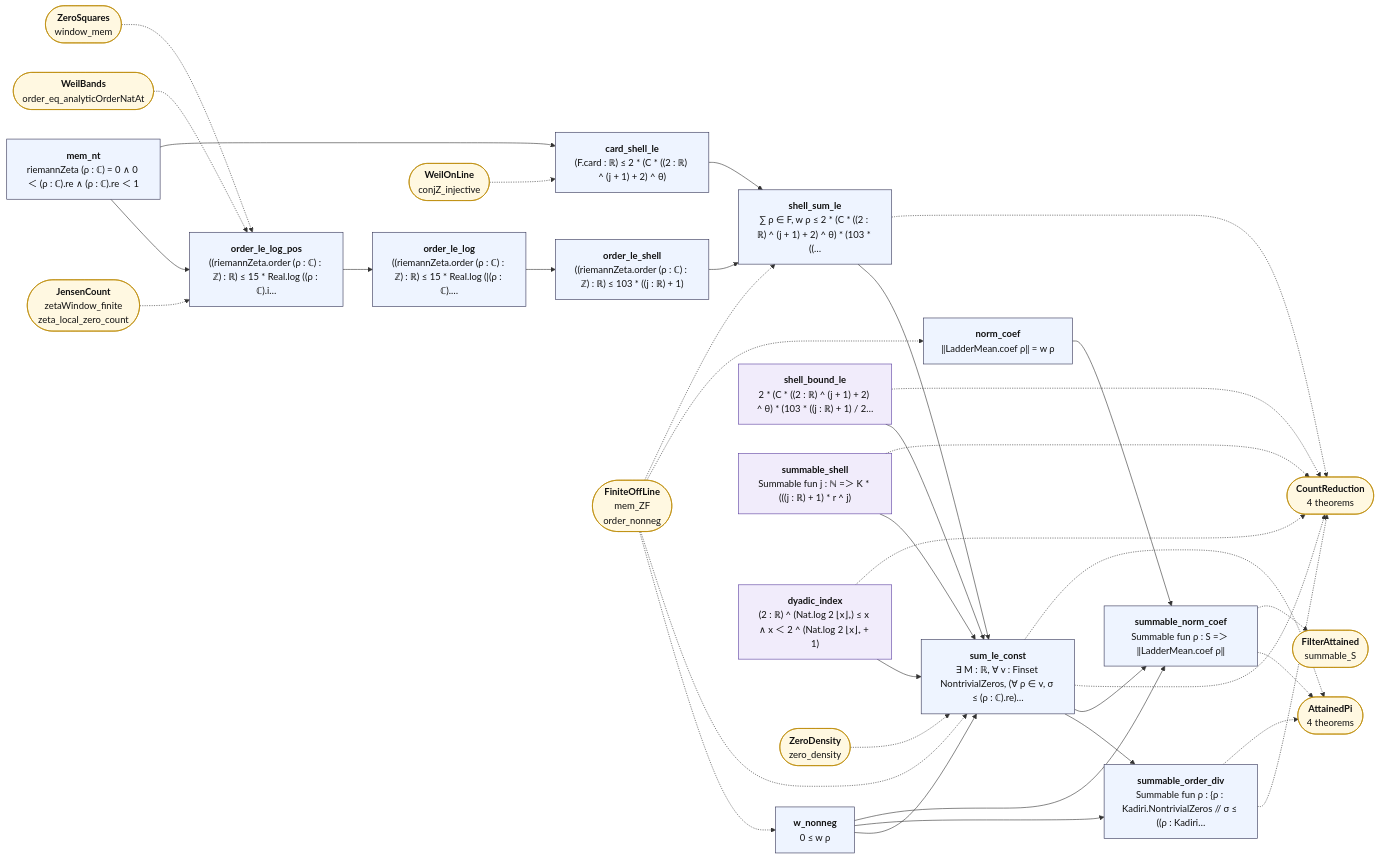
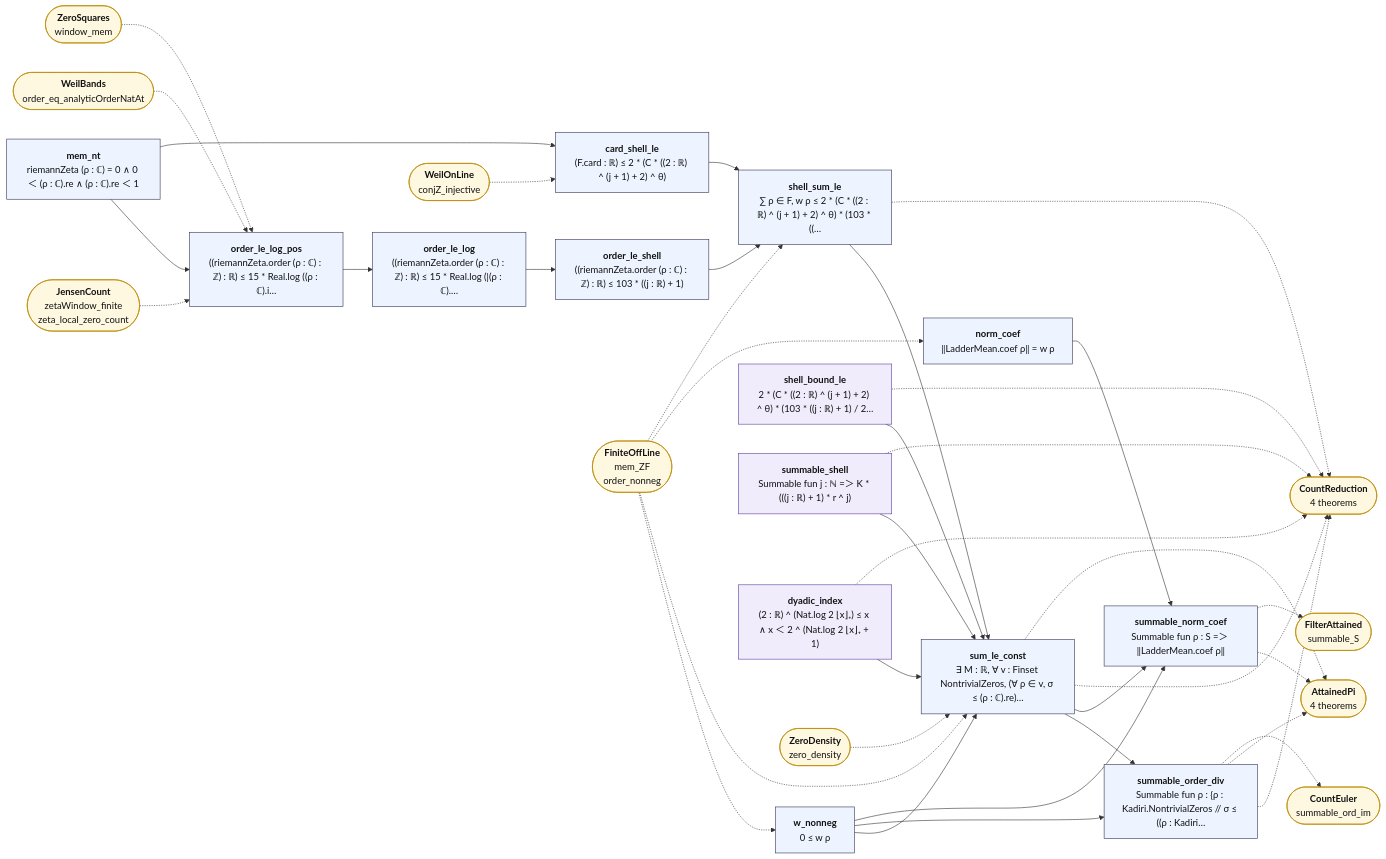
One commit to juliansambranojr/Primebeat_081426 changed the diagram in map/lean_stage3/ZeroSummable.mmd. Above: the diagram before and after it, drawn with Mermaid. The commit also changed 39 other files, not shown here.

```diff
--- a/map/lean_stage3/ZeroSummable.mmd
+++ b/map/lean_stage3/ZeroSummable.mmd
@@ -1,67 +1,69 @@
 flowchart LR
   n0["<b>w_nonneg</b><br/>0 ≤ w ρ"]:::thm
   n1["<b>mem_nt</b><br/>riemannZeta (ρ : ℂ) = 0 ∧ 0 ＜ (ρ : ℂ).re ∧ (ρ : ℂ).re ＜ 1"]:::thm
   n2["<b>order_le_log_pos</b><br/>((riemannZeta.order (ρ : ℂ) : ℤ) : ℝ) ≤ 15 * Real.log ((ρ : ℂ).i…"]:::thm
   n3["<b>order_le_log</b><br/>((riemannZeta.order (ρ : ℂ) : ℤ) : ℝ) ≤ 15 * Real.log (|(ρ : ℂ).…"]:::thm
   n4["<b>order_le_shell</b><br/>((riemannZeta.order (ρ : ℂ) : ℤ) : ℝ) ≤ 103 * ((j : ℝ) + 1)"]:::thm
   n5["<b>card_shell_le</b><br/>(F.card : ℝ) ≤ 2 * (C * ((2 : ℝ) ^ (j + 1) + 2) ^ θ)"]:::thm
   n6["<b>shell_sum_le</b><br/>∑ ρ ∈ F, w ρ ≤ 2 * (C * ((2 : ℝ) ^ (j + 1) + 2) ^ θ) * (103 * ((…"]:::thm
   n7["<b>shell_bound_le</b><br/>2 * (C * ((2 : ℝ) ^ (j + 1) + 2) ^ θ) * (103 * ((j : ℝ) + 1) / 2…"]:::shp
   n8["<b>summable_shell</b><br/>Summable fun j : ℕ =＞ K * (((j : ℝ) + 1) * r ^ j)"]:::shp
   n9["<b>dyadic_index</b><br/>(2 : ℝ) ^ (Nat.log 2 ⌊x⌋₊) ≤ x ∧ x ＜ 2 ^ (Nat.log 2 ⌊x⌋₊ + 1)"]:::shp
   n10["<b>sum_le_const</b><br/>∃ M : ℝ, ∀ v : Finset NontrivialZeros, (∀ ρ ∈ v, σ ≤ (ρ : ℂ).re)…"]:::thm
   n11["<b>summable_order_div</b><br/>Summable fun ρ : {ρ : Kadiri.NontrivialZeros // σ ≤ ((ρ : Kadiri…"]:::thm
   n12["<b>norm_coef</b><br/>‖LadderMean.coef ρ‖ = w ρ"]:::thm
   n13["<b>summable_norm_coef</b><br/>Summable fun ρ : S =＞ ‖LadderMean.coef ρ‖"]:::thm
   x0(["<b>FiniteOffLine</b><br/>mem_ZF<br/>order_nonneg"]):::ext
   x1(["<b>JensenCount</b><br/>zetaWindow_finite<br/>zeta_local_zero_count"]):::ext
   x2(["<b>WeilBands</b><br/>order_eq_analyticOrderNatAt"]):::ext
   x3(["<b>ZeroSquares</b><br/>window_mem"]):::ext
   x4(["<b>WeilOnLine</b><br/>conjZ_injective"]):::ext
   x5(["<b>CountReduction</b><br/>4 theorems"]):::ext
   x6(["<b>ZeroDensity</b><br/>zero_density"]):::ext
   x7(["<b>AttainedPi</b><br/>4 theorems"]):::ext
-  x8(["<b>FilterAttained</b><br/>summable_S"]):::ext
+  x8(["<b>CountEuler</b><br/>summable_ord_im"]):::ext
+  x9(["<b>FilterAttained</b><br/>summable_S"]):::ext
   n0 --> n10
   n0 --> n11
   n0 --> n13
   n1 --> n2
   n1 --> n5
   n10 --> n11
   n10 --> n13
   n12 --> n13
   n2 --> n3
   n3 --> n4
   n4 --> n6
   n5 --> n6
   n6 --> n10
   n7 --> n10
   n8 --> n10
   n9 --> n10
   n10 -.-> x5
   n10 -.-> x7
   n11 -.-> x5
   n11 -.-> x7
+  n11 -.-> x8
   n13 -.-> x7
-  n13 -.-> x8
+  n13 -.-> x9
   n6 -.-> x5
   n7 -.-> x5
   n8 -.-> x5
   n9 -.-> x5
   x0 -.-> n0
   x0 -.-> n10
   x0 -.-> n12
   x0 -.-> n6
   x1 -.-> n2
   x2 -.-> n2
   x3 -.-> n2
   x4 -.-> n5
   x6 -.-> n10
   classDef cnt fill:#dff5ec,stroke:#17694a,color:#111
   classDef shp fill:#f1ecfb,stroke:#5b3fa0,color:#111
   classDef rh fill:#ffe5e5,stroke:#c22,color:#111,stroke-width:2px
   classDef thm fill:#eef4ff,stroke:#335,color:#111
   classDef end_ fill:#e7f7e7,stroke:#2a7,color:#111,stroke-width:2px
   classDef lone fill:#fff,stroke:#999,color:#111,stroke-dasharray:4 3
   classDef bad fill:#ffe5e5,stroke:#c22,color:#111,stroke-width:2px
   classDef ext fill:#fff8e1,stroke:#b80,color:#111
```
